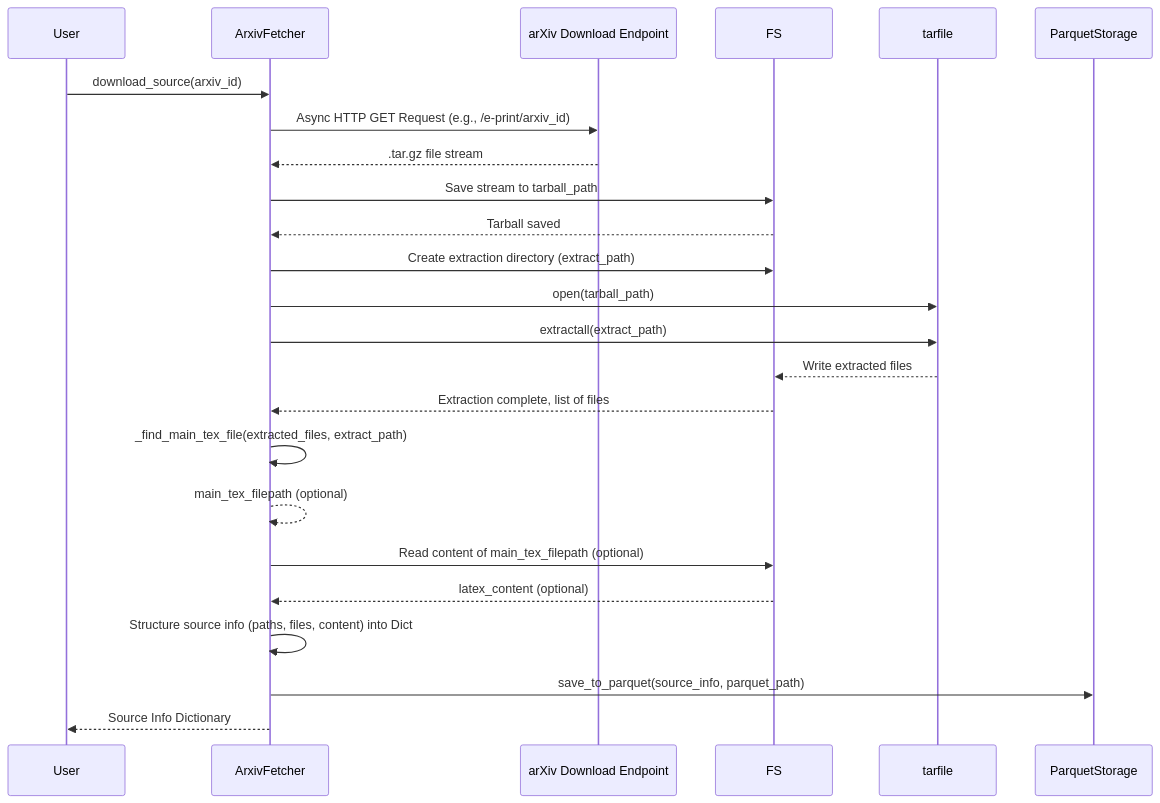
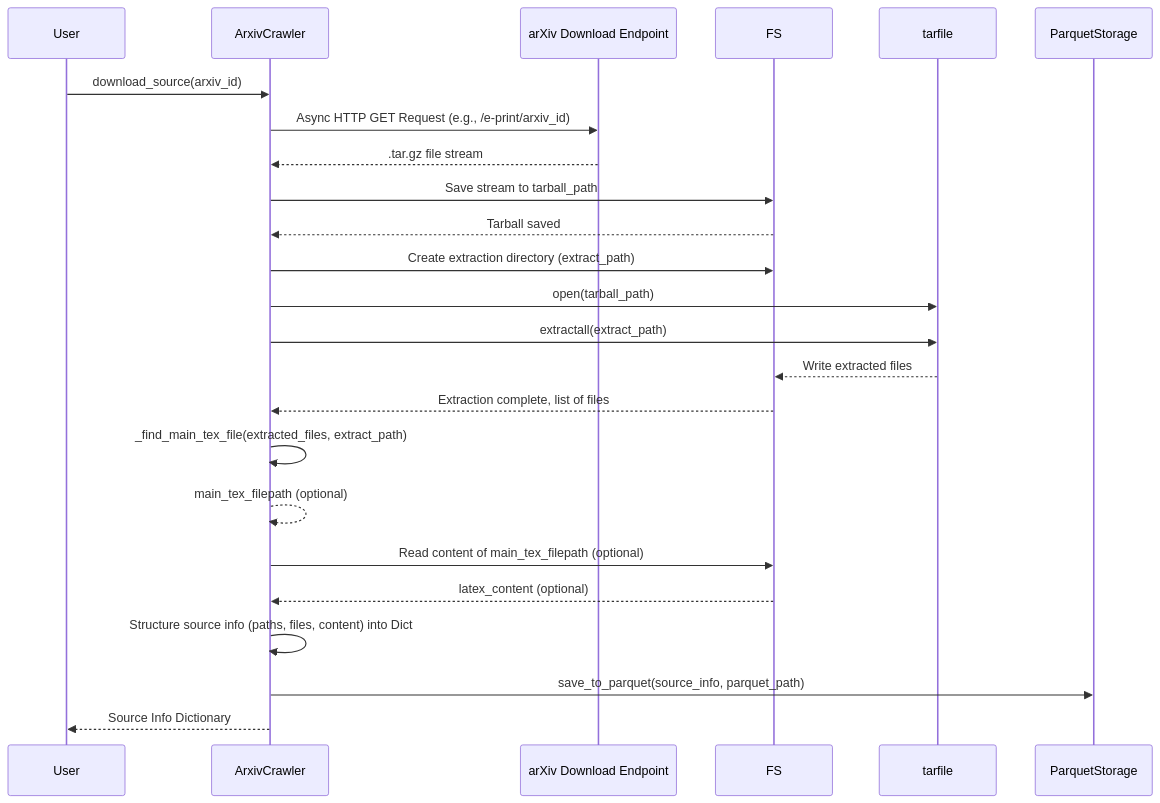
Before and after one commit to Ollama-Agent-Roll-Cage/oarc-crawlers: diagram 24 of 25 in docs/Crawlers.md, drawn with Mermaid. The commit also changed other lines of this file and 6 other files, not shown here.

````diff
--- a/docs/Crawlers.md
+++ b/docs/Crawlers.md
@@ -793,27 +794,27 @@
 ```mermaid
 sequenceDiagram
     participant User
-    participant AF as ArxivFetcher
+    participant AF as ArxivCrawler
     participant ArxivServer as arXiv Download Endpoint
     participant FileSystem as FS
     participant TarLib as tarfile
     participant ParquetStore as ParquetStorage
 
     User->>AF: download_source(arxiv_id)
     AF->>ArxivServer: Async HTTP GET Request (e.g., /e-print/arxiv_id)
     ArxivServer-->>AF: .tar.gz file stream
     AF->>FileSystem: Save stream to tarball_path
     FileSystem-->>AF: Tarball saved
     AF->>FileSystem: Create extraction directory (extract_path)
     AF->>TarLib: open(tarball_path)
     AF->>TarLib: extractall(extract_path)
     TarLib-->>FileSystem: Write extracted files
     FileSystem-->>AF: Extraction complete, list of files
     AF->>AF: _find_main_tex_file(extracted_files, extract_path)
     AF-->>AF: main_tex_filepath (optional)
     AF->>FileSystem: Read content of main_tex_filepath (optional)
     FileSystem-->>AF: latex_content (optional)
     AF->>AF: Structure source info (paths, files, content) into Dict
     AF->>ParquetStore: save_to_parquet(source_info, parquet_path)
     AF-->>User: Source Info Dictionary
 ```
````
